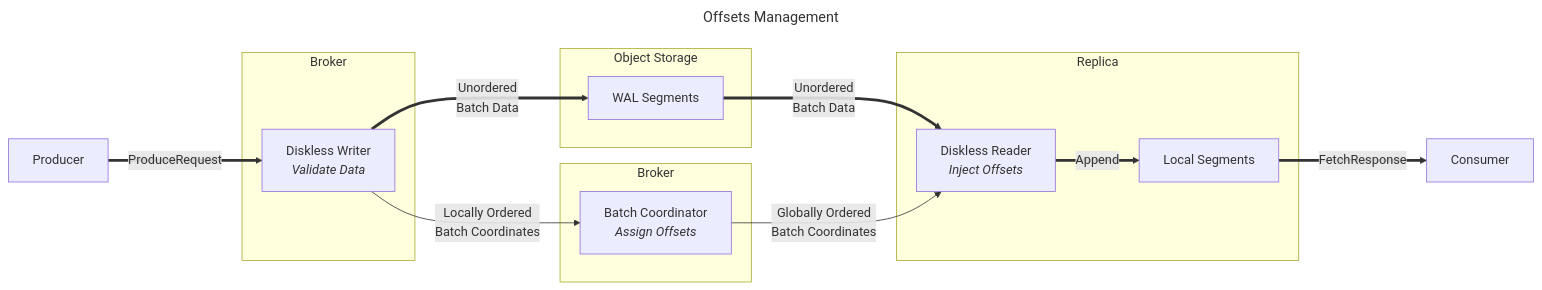
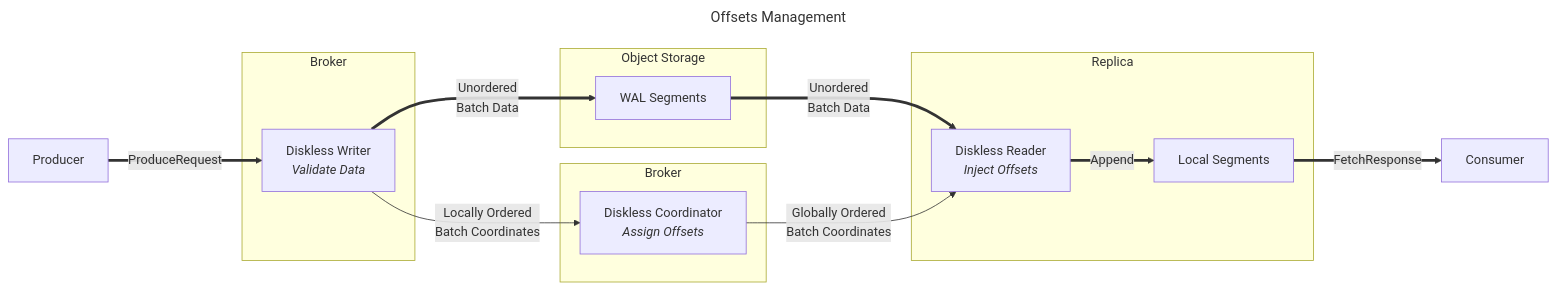
One commit to aiven/inkless changed the third of 5 diagrams in docs/inkless/ARCHITECTURE.md. Above: the diagram before and after it, drawn with Mermaid. The commit also changed other lines of this file, not shown here.

Commit message:
Update diagrams and add WAL Segment diagram

````diff
--- a/docs/inkless/ARCHITECTURE.md
+++ b/docs/inkless/ARCHITECTURE.md
@@ -74,26 +74,26 @@
 ```mermaid
 ---
 title: Offsets Management
 ---
 flowchart LR
     Producer[Producer]
     Consumer[Consumer]
     subgraph Broker1[Broker]
-        BatchIndex[Batch Coordinator<br><i>Assign Offsets</i>]
+        BatchIndex[Diskless Coordinator<br><i>Assign Offsets</i>]
     end
     subgraph Broker2[Broker]
         Broker2Diskless[Diskless Writer<br><i>Validate Data</i>]
     end
     subgraph Broker3[Replica]
         Broker3Diskless[Diskless Reader<br><i>Inject Offsets</i>]
         Broker3Local[Local Segments]
     end
     subgraph Cloud[Object Storage]
         ObjectStorage[WAL Segments]
     end
     Producer == ProduceRequest ==> Broker2Diskless
     Broker2Diskless == Unordered<br>Batch Data ==> ObjectStorage == Unordered<br>Batch Data ==> Broker3Diskless
     Broker2Diskless -- Locally Ordered<br>Batch Coordinates --> BatchIndex -- Globally Ordered<br>Batch Coordinates --> Broker3Diskless
     Broker3Diskless == Append ==> Broker3Local
     Broker3Local == FetchResponse ==> Consumer
 ```
````
